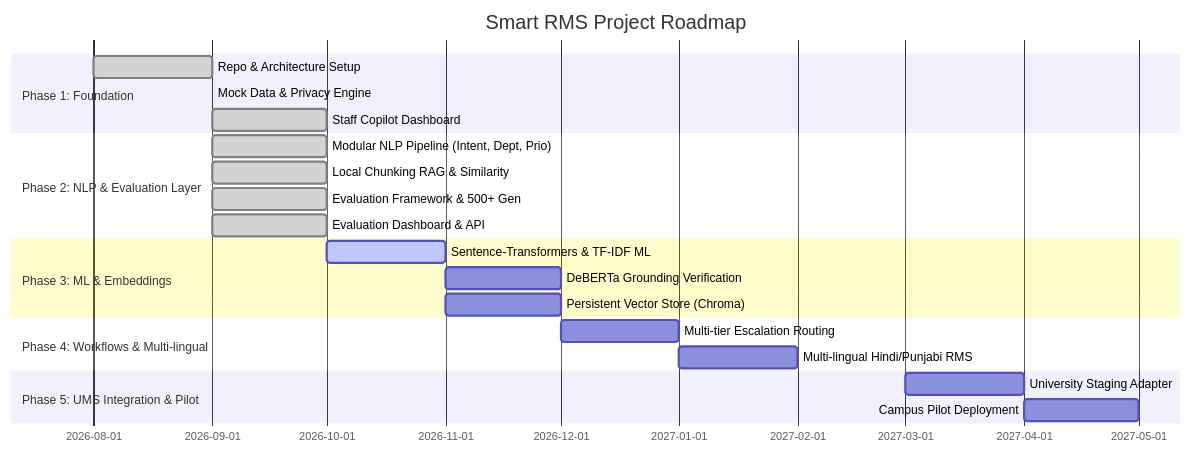
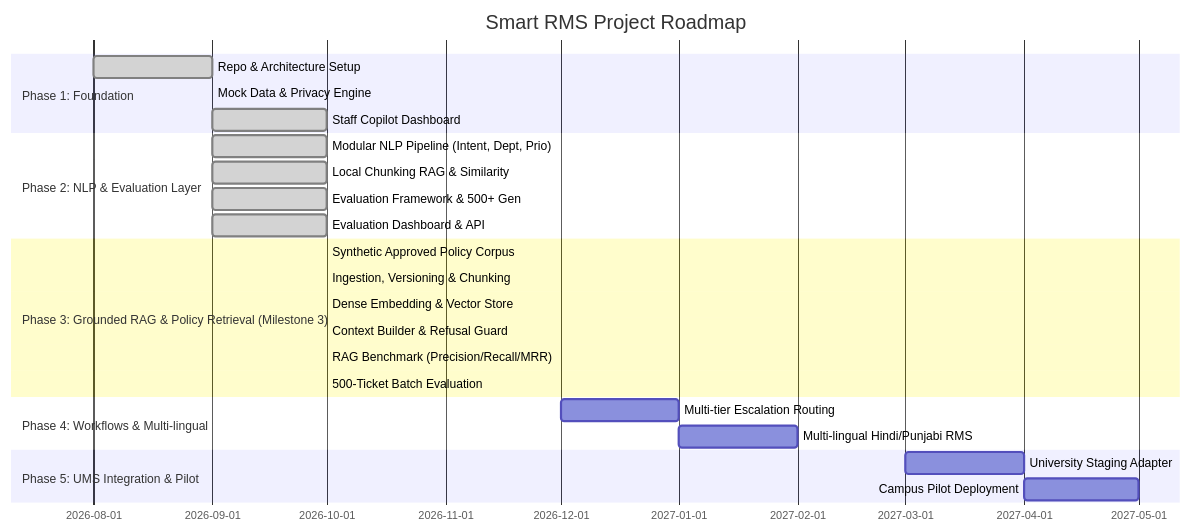
One commit to harshilsetty/Smart-RMS changed the diagram in docs/product/roadmap.md. Above: the diagram before and after it, drawn with Mermaid. The commit also changed other lines of this file and 135 other files, not shown here.

Commit message:
feat: implement comprehensive NLP, RAG, and evaluation pipelines for Smart RMS

````diff
--- a/docs/product/roadmap.md
+++ b/docs/product/roadmap.md
@@ -5,24 +5,27 @@
 ```mermaid
 gantt
     title Smart RMS Project Roadmap
     dateFormat  YYYY-MM
     section Phase 1: Foundation
     Repo & Architecture Setup        :done, p1a, 2026-08, 2026-09
     Mock Data & Privacy Engine       :done, p1b, 2026-09, 2026-09
     Staff Copilot Dashboard          :done, p1c, 2026-09, 2026-10
     section Phase 2: NLP & Evaluation Layer
     Modular NLP Pipeline (Intent, Dept, Prio) :done, p2a, 2026-09, 2026-10
     Local Chunking RAG & Similarity :done, p2b, 2026-09, 2026-10
     Evaluation Framework & 500+ Gen  :done, p2c, 2026-09, 2026-10
     Evaluation Dashboard & API       :done, p2d, 2026-09, 2026-10
-    section Phase 3: ML & Embeddings
-    Sentence-Transformers & TF-IDF ML :active, p3a, 2026-10, 2026-11
-    DeBERTa Grounding Verification   :p3b, 2026-11, 2026-12
-    Persistent Vector Store (Chroma) :p3c, 2026-11, 2026-12
+    section Phase 3: Grounded RAG & Policy Retrieval (Milestone 3)
+    Synthetic Approved Policy Corpus :done, p3a, 2026-10, 2026-10
+    Ingestion, Versioning & Chunking :done, p3b, 2026-10, 2026-10
+    Dense Embedding & Vector Store   :done, p3c, 2026-10, 2026-10
+    Context Builder & Refusal Guard  :done, p3d, 2026-10, 2026-10
+    RAG Benchmark (Precision/Recall/MRR) :done, p3e, 2026-10, 2026-10
+    500-Ticket Batch Evaluation      :done, p3f, 2026-10, 2026-10
     section Phase 4: Workflows & Multi-lingual
     Multi-tier Escalation Routing    :p4a, 2026-12, 2027-01
     Multi-lingual Hindi/Punjabi RMS  :p4b, 2027-01, 2027-02
     section Phase 5: UMS Integration & Pilot
     University Staging Adapter       :p5a, 2027-03, 2027-04
     Campus Pilot Deployment          :p5b, 2027-04, 2027-05
 ```
````
